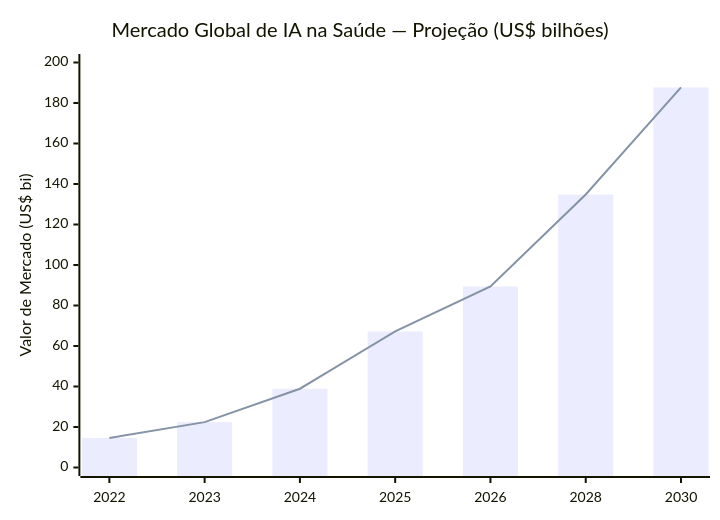
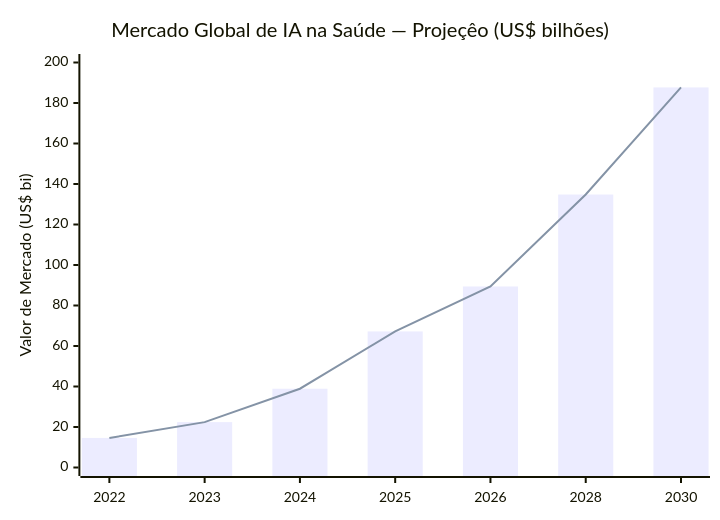
Before and after one commit to linnoff88-dev/arckhe-IAMed: the first of 2 diagrams in doc/research_brief.md, drawn with Mermaid. The commit also changed other lines of this file and 21 other files, not shown here.

````diff
--- a/doc/research_brief.md
+++ b/doc/research_brief.md
@@ -25,8 +25,8 @@
 ```mermaid
 xychart-beta
-    title "Mercado Global de IA na Saúde — Projeção (US$ bilhões)"
+    title "Mercado Global de IA na Saúde — Projeçêo (US$ bilhões)"
     x-axis ["2022", "2023", "2024", "2025", "2026", "2028", "2030"]
     y-axis "Valor de Mercado (US$ bi)" 0 --> 200
     bar [14.6, 22.4, 38.9, 67.2, 89.4, 134.8, 187.7]
     line [14.6, 22.4, 38.9, 67.2, 89.4, 134.8, 187.7]
 ```
````
